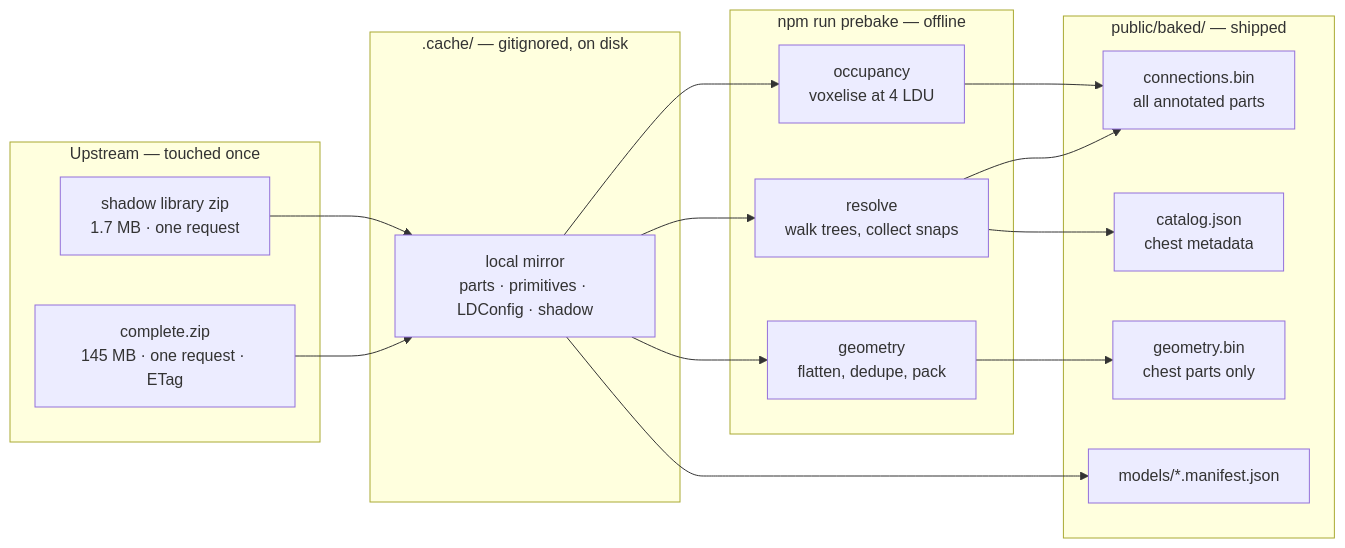
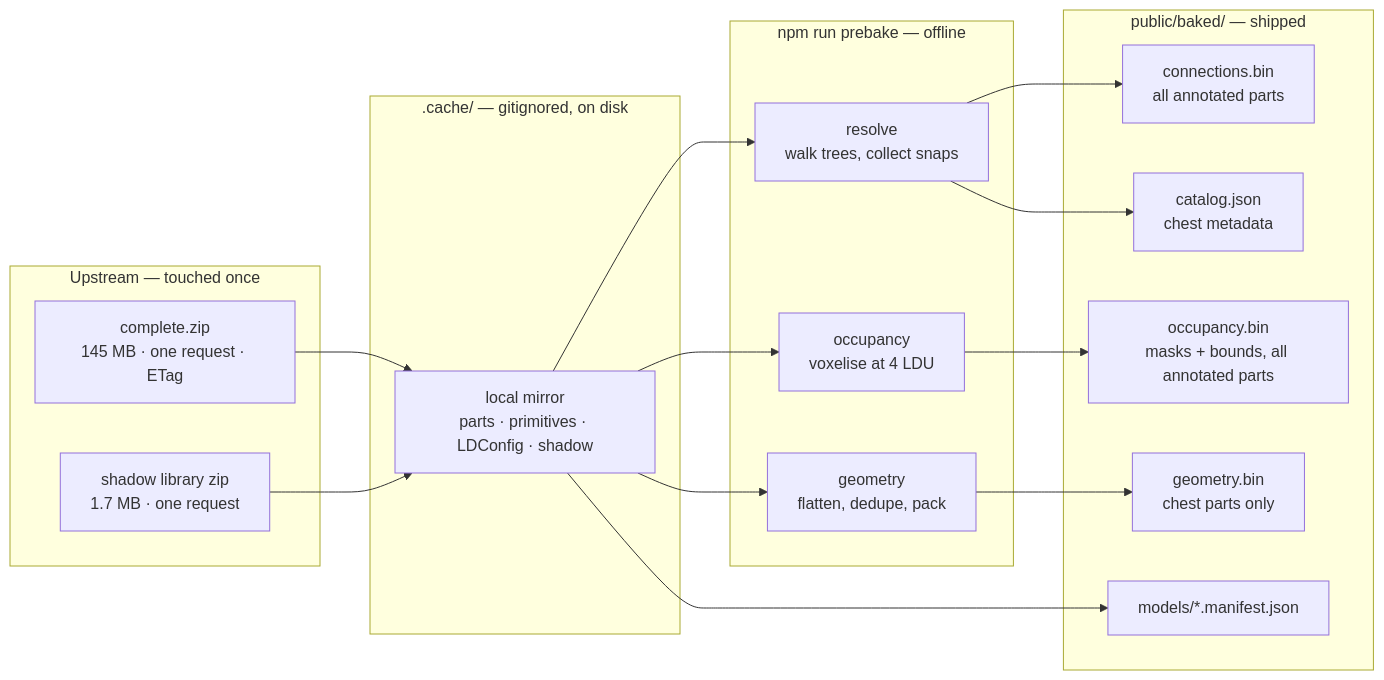
The first of 2 diagrams in docs/PREBAKE.md (ReillyBova/brickyard), drawn with Mermaid before and after one commit. The commit also changed other lines of this file, not shown here.

First line of the commit message:
Bake occupancy masks as their own output

````diff
--- a/docs/PREBAKE.md
+++ b/docs/PREBAKE.md
@@ -6,28 +6,29 @@
 ```mermaid
 flowchart LR
   subgraph UP["Upstream — touched once"]
     Z["complete.zip<br/>145 MB · one request · ETag"]
     S["shadow library zip<br/>1.7 MB · one request"]
   end
   subgraph LOCAL[".cache/ — gitignored, on disk"]
     M["local mirror<br/>parts · primitives · LDConfig · shadow"]
   end
   subgraph BAKE["npm run prebake — offline"]
     R["resolve<br/>walk trees, collect snaps"]
     O["occupancy<br/>voxelise at 4 LDU"]
     G["geometry<br/>flatten, dedupe, pack"]
   end
   subgraph OUT["public/baked/ — shipped"]
     C1["connections.bin<br/>all annotated parts"]
     C2["catalog.json<br/>chest metadata"]
     C3["geometry.bin<br/>chest parts only"]
     C4["models/*.manifest.json"]
+    C5["occupancy.bin<br/>masks + bounds, all annotated parts"]
   end
   Z --> M
   S --> M
   M --> R --> C1
   R --> C2
-  M --> O --> C1
+  M --> O --> C5
   M --> G --> C3
   M --> C4
 ```
````
